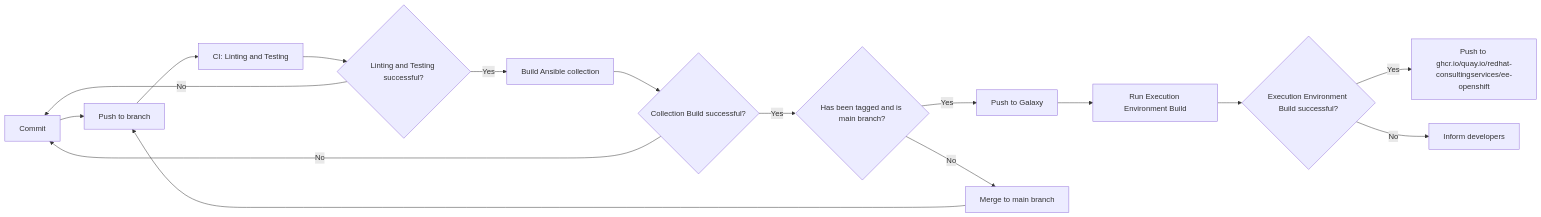
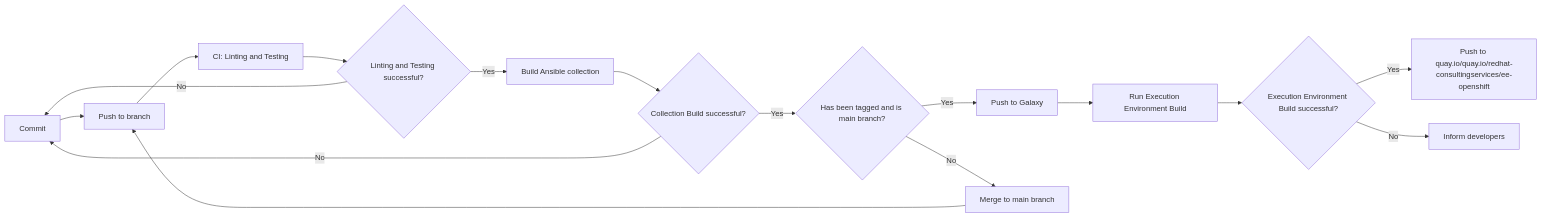
One commit to redhat-consulting-services/ansible-collection-openshift changed the diagram in README.md. Above: the diagram before and after it, drawn with Mermaid. The commit also changed other lines of this file, not shown here.

````diff
--- a/README.md
+++ b/README.md
@@ -79,35 +85,35 @@
 ```mermaid
 flowchart LR
     A[Commit]
     B[Push to branch]
 
     C[CI: Linting and Testing]
     C1{Linting and Testing successful?}
 
     D[Build Ansible collection]
     D1{Collection Build successful?}
     D2{Has been tagged and is main branch?}
     D3[Push to Galaxy]
 
     E[Merge to main branch]
 
     F[Run Execution Environment Build]
     F1{Execution Environment Build successful?}
-    F2[Push to ghcr.io/quay.io/redhat-consultingservices/ee-openshift]
+    F2[Push to quay.io/quay.io/redhat-consultingservices/ee-openshift]
 
     G[Inform developers]
 
     A --> B --> C --> C1
     C1 -- Yes --> D --> D1
     D1 -- Yes --> D2
     D1 -- No --> A
 
     C1 -- No --> A
 
     D2 -- Yes --> D3
     D2 -- No --> E --> B
 
     D3 --> F --> F1
     F1 -- Yes --> F2
     F1 -- No --> G
 ```
````
